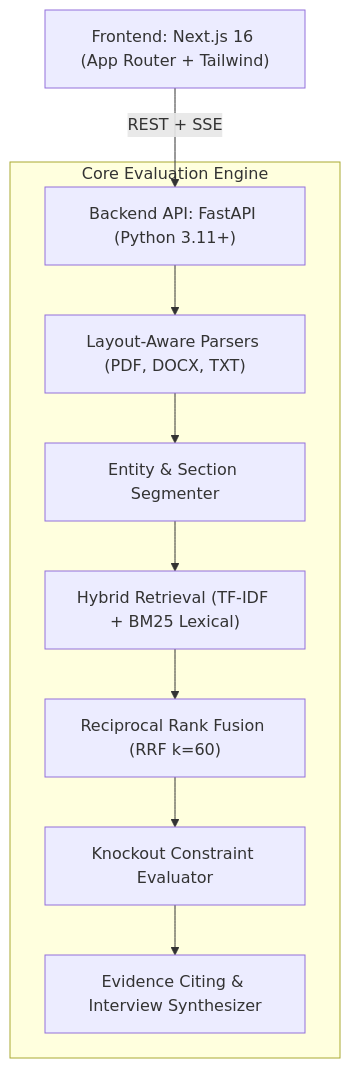
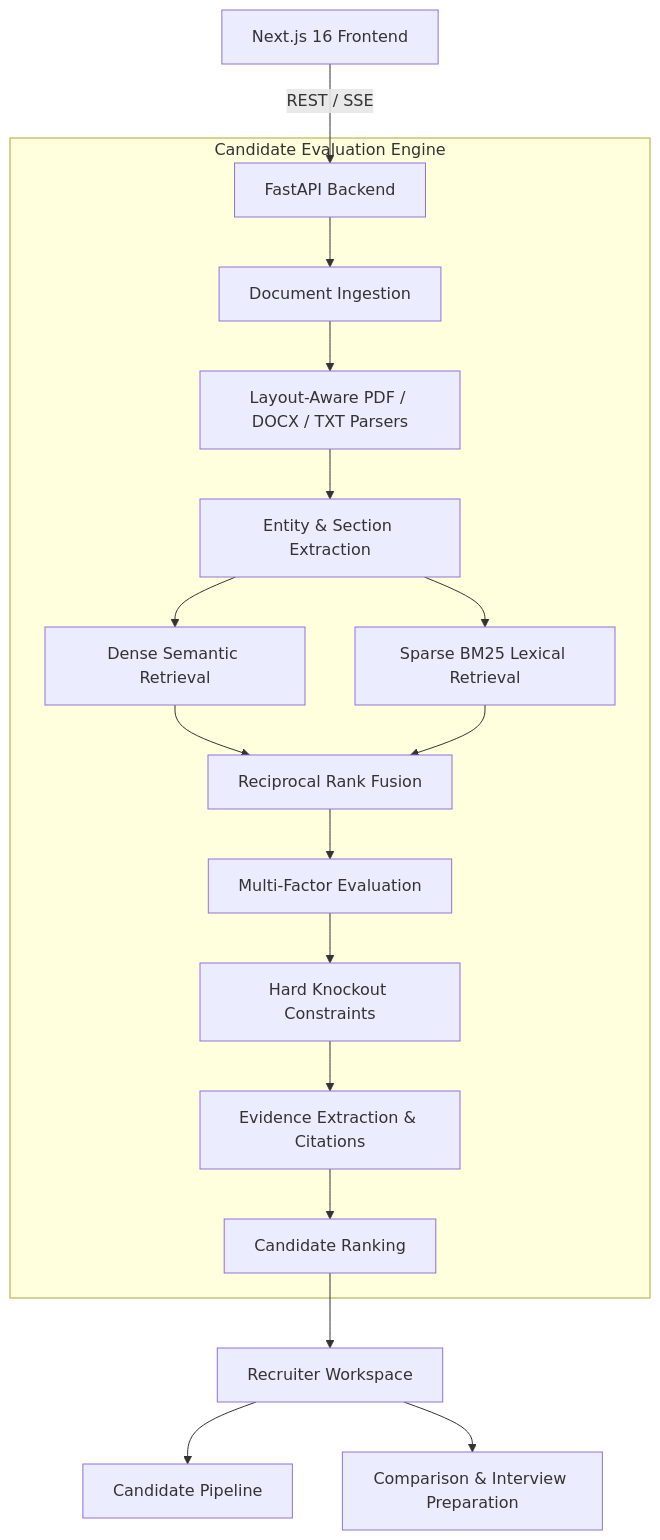
One commit to Soham-Pasalkar/Resume-Ranker changed the diagram in README.md. Above: the diagram before and after it, drawn with Mermaid. The commit also changed other lines of this file, not shown here.

````diff
--- a/README.md
+++ b/README.md
@@ -23,13 +77,25 @@
 ```mermaid
-graph TD
-    A["Frontend: Next.js 16 (App Router + Tailwind)"] -->|"REST + SSE"| B["Backend API: FastAPI (Python 3.11+)"]
-    
-    subgraph "Core Evaluation Engine"
-        B --> C["Layout-Aware Parsers (PDF, DOCX, TXT)"]
-        C --> D["Entity & Section Segmenter"]
-        D --> E["Hybrid Retrieval (TF-IDF + BM25 Lexical)"]
-        E --> F["Reciprocal Rank Fusion (RRF k=60)"]
-        F --> G["Knockout Constraint Evaluator"]
-        G --> H["Evidence Citing & Interview Synthesizer"]
+flowchart TD
+    A["Next.js 16 Frontend"] -->|"REST / SSE"| B["FastAPI Backend"]
+
+    subgraph Evaluation["Candidate Evaluation Engine"]
+        B --> C["Document Ingestion"]
+        C --> D["Layout-Aware PDF / DOCX / TXT Parsers"]
+        D --> E["Entity & Section Extraction"]
+
+        E --> F["Dense Semantic Retrieval"]
+        E --> G["Sparse BM25 Lexical Retrieval"]
+
+        F --> H["Reciprocal Rank Fusion"]
+        G --> H
+
+        H --> I["Multi-Factor Evaluation"]
+        I --> J["Hard Knockout Constraints"]
+        J --> K["Evidence Extraction & Citations"]
+        K --> L["Candidate Ranking"]
     end
+
+    L --> M["Recruiter Workspace"]
+    M --> N["Candidate Pipeline"]
+    M --> O["Comparison & Interview Preparation"]
 ```
````
